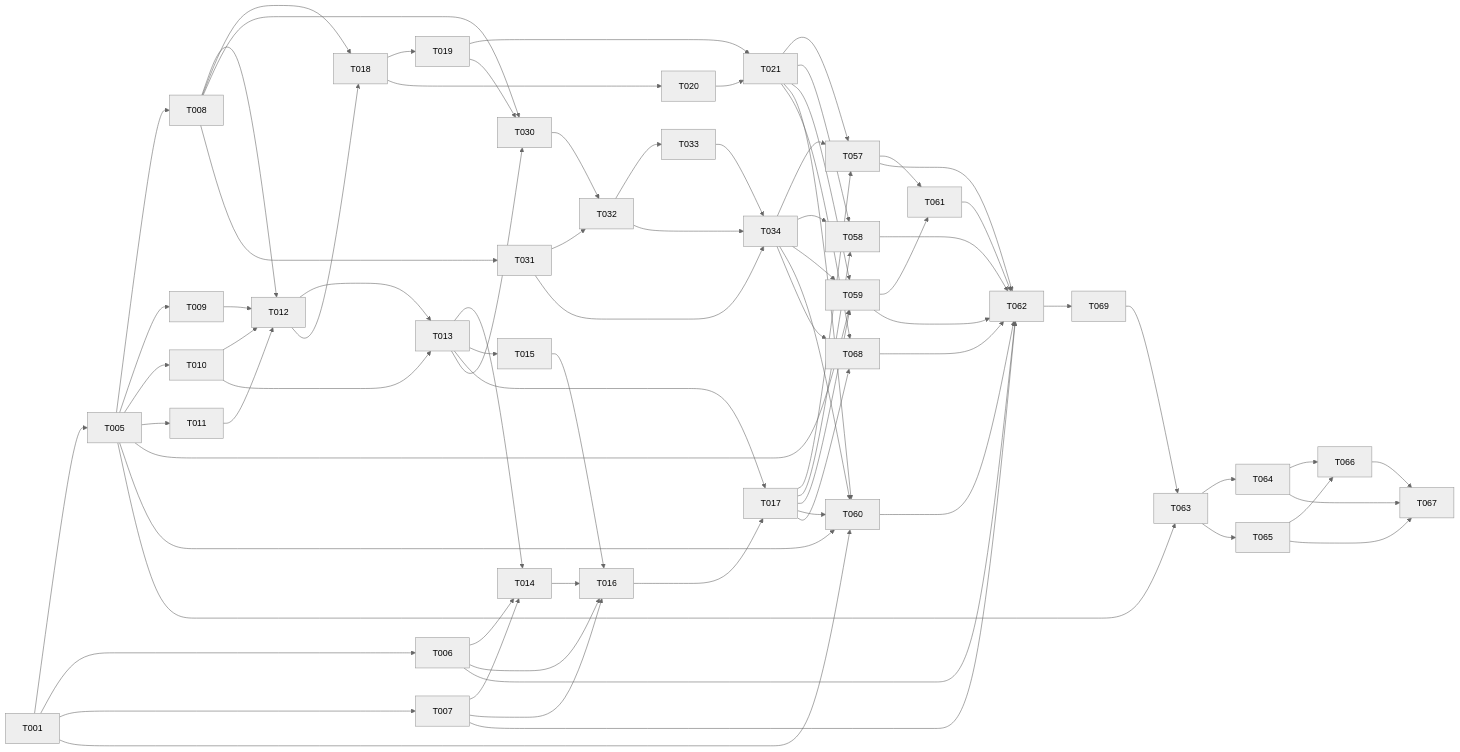
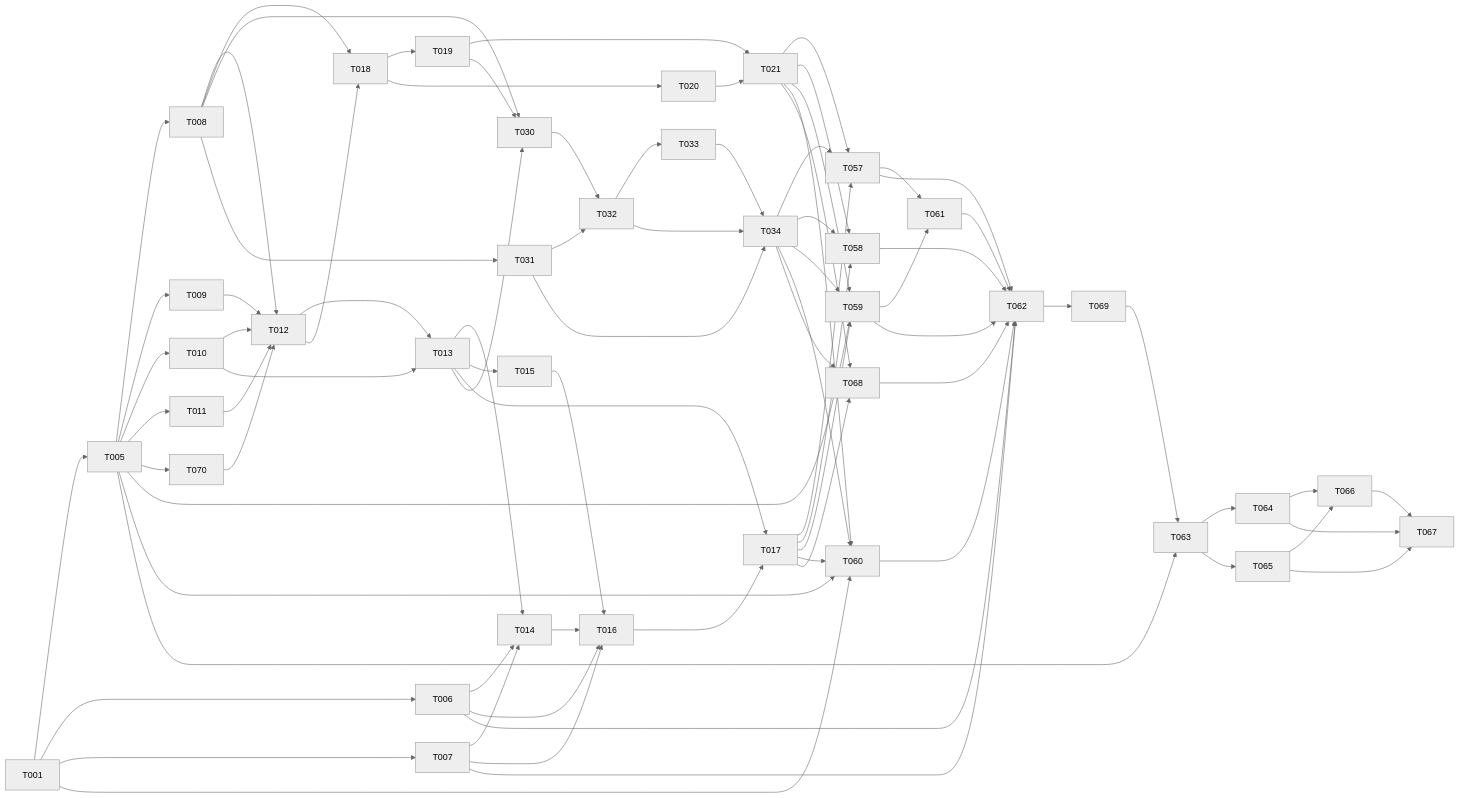
One commit to UnderUndre/undreseller changed the diagram in specs/003-commerce-operations-capability-packs/tasks.md. Above: the diagram before and after it, drawn with Mermaid (neutral theme). The commit also changed other lines of this file and 8 other files, not shown here.

````diff
--- a/specs/003-commerce-operations-capability-packs/tasks.md
+++ b/specs/003-commerce-operations-capability-packs/tasks.md
@@ -316,38 +317,39 @@
 ```mermaid
 graph LR
     T001 --> T005
     T001 --> T006
     T001 --> T007
     T005 --> T008
     T005 --> T009
     T005 --> T010
     T005 --> T011
-    T008 & T009 & T010 & T011 --> T012
+    T005 --> T070
+    T008 & T009 & T010 & T011 & T070 --> T012
     T010 & T012 --> T013
     T006 & T007 & T013 --> T014
-    T013 --> T015
+T013 --> T015
     T006 & T007 & T014 & T015 --> T016
     T013 & T016 --> T017
     T008 & T012 --> T018
     T018 --> T019
     T018 --> T020
     T019 & T020 --> T021
     T008 & T013 & T019 --> T030
     T008 --> T031
     T030 & T031 --> T032
     T032 --> T033
     T031 & T032 & T033 --> T034
     T017 & T021 & T034 --> T057
     T017 & T021 & T034 --> T058
     T005 & T017 & T021 & T034 --> T059
     T001 & T005 & T017 & T021 & T034 --> T060
     T057 & T059 --> T061
     T017 & T021 & T034 --> T068
     T006 & T007 & T057 & T058 & T059 & T060 & T061 & T068 --> T062
     T062 --> T069
     T005 & T069 --> T063
     T063 --> T064
     T063 --> T065
     T064 & T065 --> T066
     T064 & T065 & T066 --> T067
 ```
````
